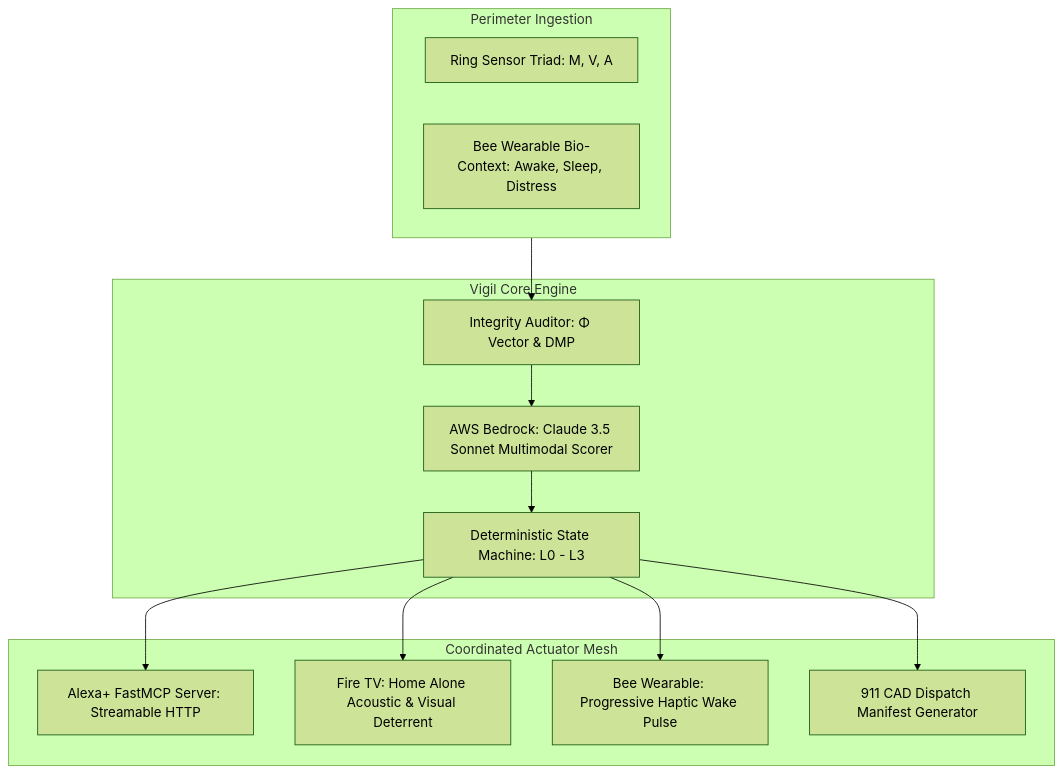
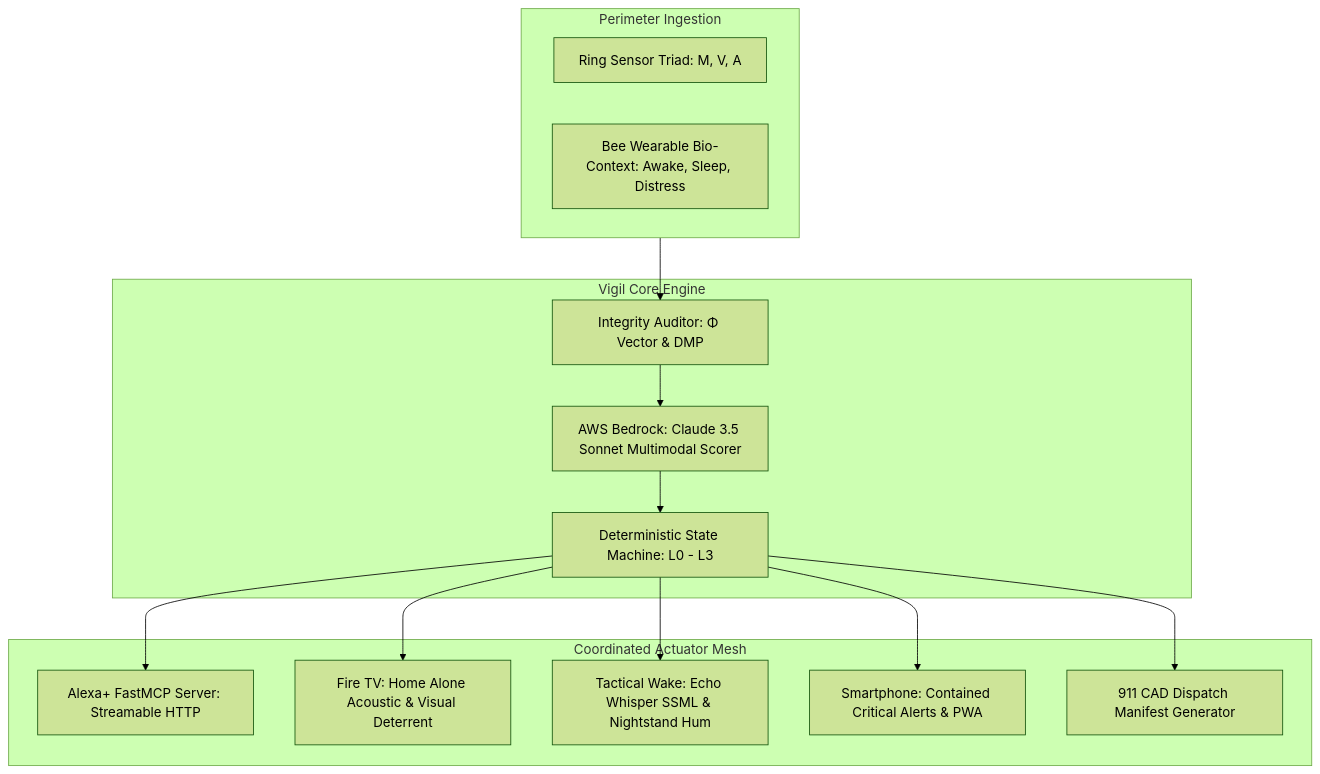
Before and after one commit to MatMridul/AmazonVigil: the diagram in tasks.md, drawn with Mermaid (forest theme). The commit also changed other lines of this file and 6 other files, not shown here.

Commit message:
docs: ground system specification, architecture, and UI/UX in official Amazon SDK realities

````diff
--- a/tasks.md
+++ b/tasks.md
@@ -11,28 +16,30 @@
 ```mermaid
 flowchart TD
     subgraph Ingest [Perimeter Ingestion]
         RING[Ring Sensor Triad: M, V, A]
         BEE[Bee Wearable Bio-Context: Awake, Sleep, Distress]
     end
 
     subgraph Core [Vigil Core Engine]
         AUDIT[Integrity Auditor: Φ Vector & DMP]
         BEDROCK[AWS Bedrock: Claude 3.5 Sonnet Multimodal Scorer]
         FSM[Deterministic State Machine: L0 - L3]
     end
 
     subgraph Actuation [Coordinated Actuator Mesh]
         ALEXA[Alexa+ FastMCP Server: Streamable HTTP]
         FIRETV[Fire TV: Home Alone Acoustic & Visual Deterrent]
-        HAPTIC[Bee Wearable: Progressive Haptic Wake Pulse]
+        WAKE[Tactical Wake: Echo Whisper SSML & Nightstand Hum]
+        PHONE[Smartphone: Contained Critical Alerts & PWA]
         CAD[911 CAD Dispatch Manifest Generator]
     end
 
     Ingest --> AUDIT
     AUDIT --> BEDROCK
     BEDROCK --> FSM
     FSM --> ALEXA
     FSM --> FIRETV
-    FSM --> HAPTIC
+    FSM --> WAKE
+    FSM --> PHONE
     FSM --> CAD
 ```
````
